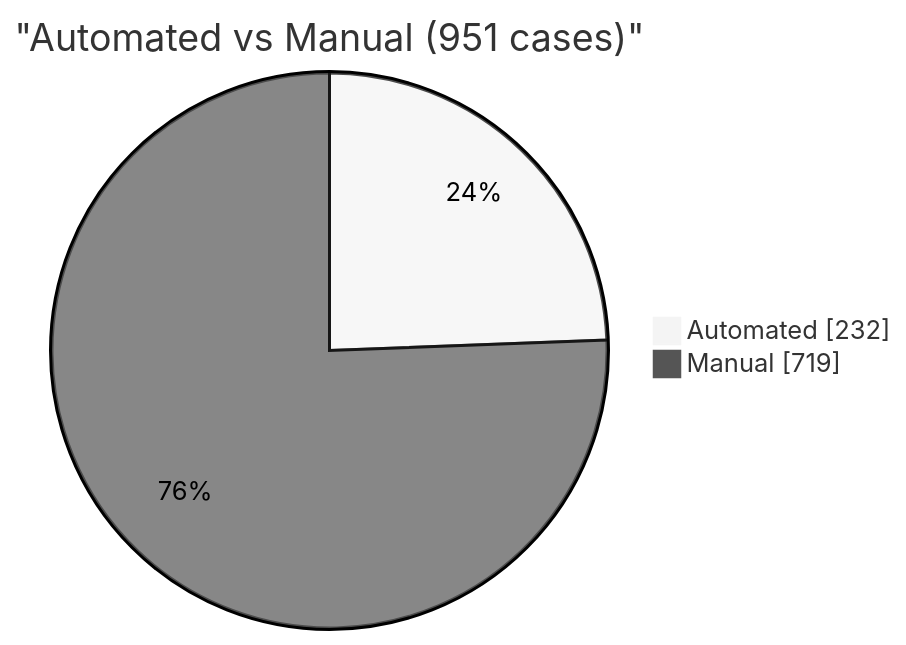
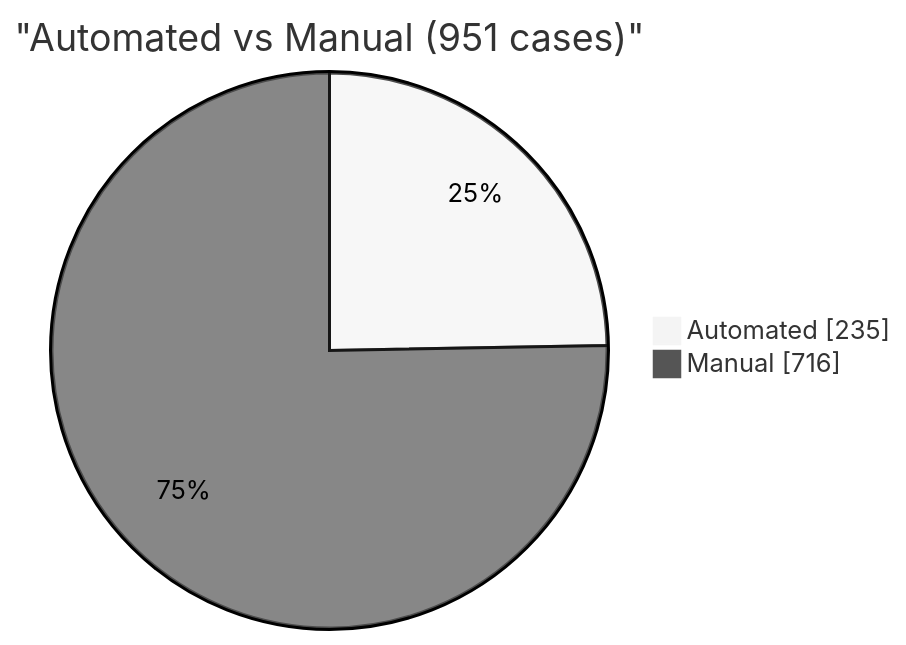
Before and after one commit to EliteaAI/onetest-ai-tm-Elitea: the fifth of 6 diagrams in reports/dashboard.md, drawn with Mermaid (neutral theme). The commit also changed other lines of this file and 1 other file, not shown here.

````diff
--- a/reports/dashboard.md
+++ b/reports/dashboard.md
@@ -109,6 +108,6 @@
 ```mermaid
 pie showData
     title "Automated vs Manual (951 cases)"
-    "Automated" : 232
-    "Manual" : 719
+    "Automated" : 235
+    "Manual" : 716
 ```
````
